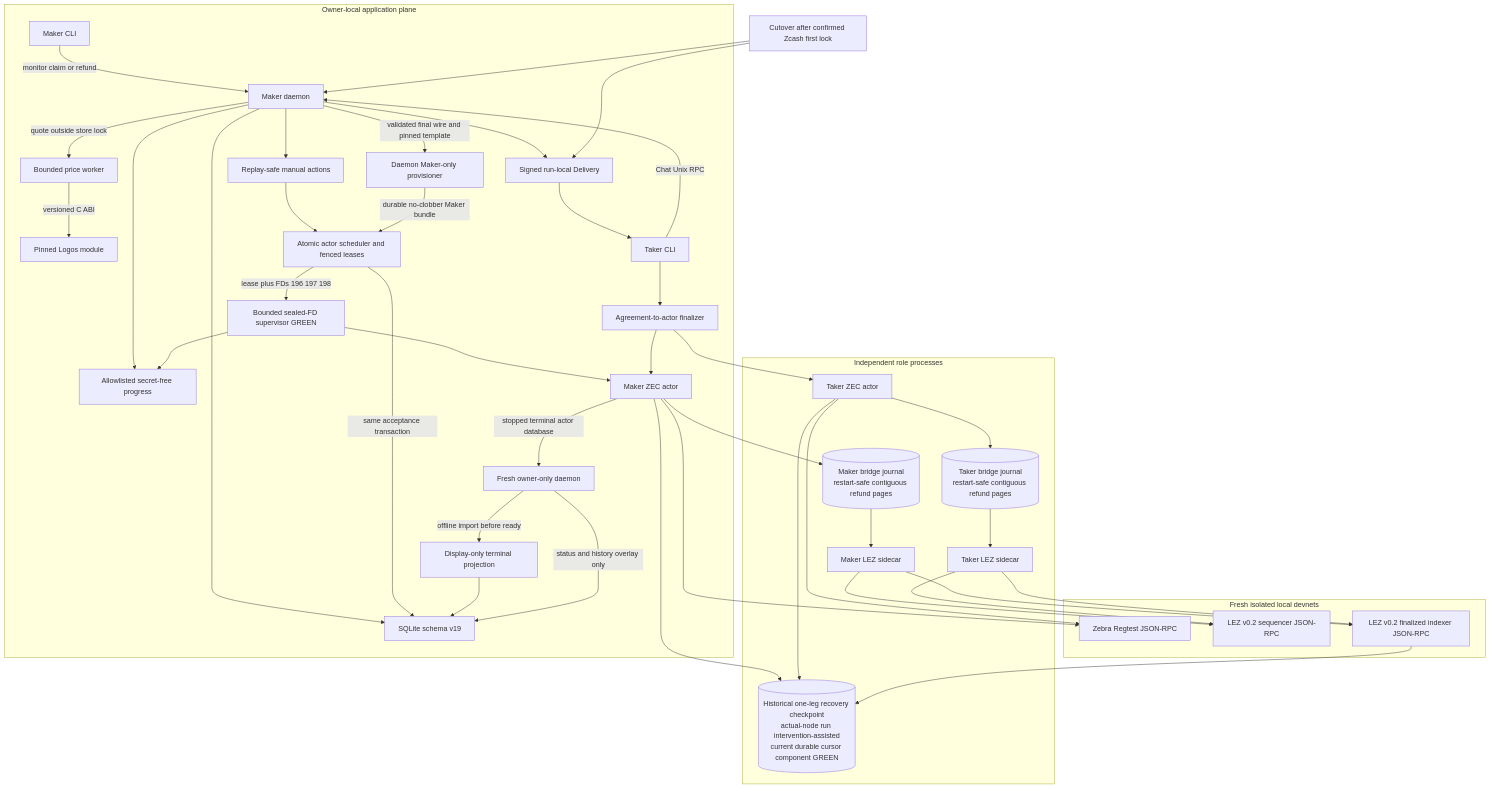
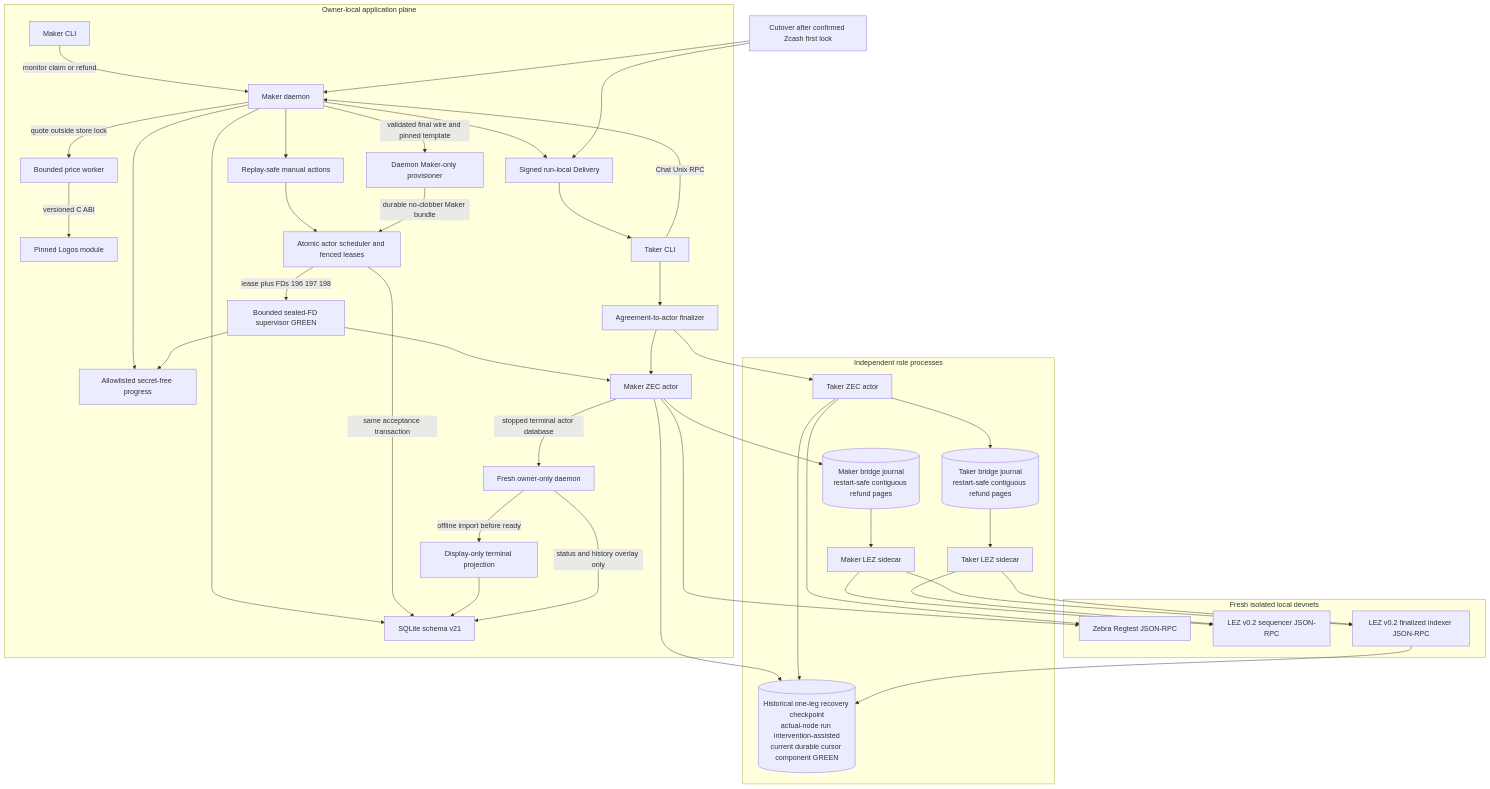
One commit to gateway-fm/lez-atomic-swaps changed diagram 11 of 20 in docs/architecture/deployment-components-and-rpcs.md. Above: the diagram before and after it, drawn with Mermaid. The commit also changed other lines of this file and 23 other files, not shown here.

````diff
--- a/docs/architecture/deployment-components-and-rpcs.md
+++ b/docs/architecture/deployment-components-and-rpcs.md
@@ -839,75 +935,75 @@
 ```mermaid
 flowchart TB
     subgraph App[Owner-local application plane]
         MakerCli[Maker CLI]
         Daemon[Maker daemon]
-        Store[SQLite schema v19]
+        Store[SQLite schema v21]
         TerminalView[Display-only terminal projection]
         TerminalDaemon[Fresh owner-only daemon]
         PriceWorker[Bounded price worker]
         PriceModule[Pinned Logos module]
         Delivery[Signed run-local Delivery]
         TakerCli[Taker CLI]
         Finalizer[Agreement-to-actor finalizer]
         Provisioner[Daemon Maker-only provisioner]
         Scheduler[Atomic actor scheduler and fenced leases]
         Actions[Replay-safe manual actions]
         Progress[Allowlisted secret-free progress]
         Supervisor[Bounded sealed-FD supervisor GREEN]
         MakerCli -->|monitor claim or refund| Daemon
         Daemon --> Store
         Daemon --> Actions
         Daemon --> Progress
         Actions --> Scheduler
         Supervisor --> Progress
         Daemon --> Delivery
         Delivery --> TakerCli
         TakerCli -->|Chat Unix RPC| Daemon
         Daemon -->|quote outside store lock| PriceWorker
         PriceWorker -->|versioned C ABI| PriceModule
         Daemon -->|validated final wire and pinned template| Provisioner
         Provisioner -->|durable no-clobber Maker bundle| Scheduler
         Scheduler -->|same acceptance transaction| Store
         Scheduler -->|lease plus FDs 196 197 198| Supervisor
         Supervisor --> MakerActor
         TakerCli --> Finalizer
         TerminalDaemon -->|offline import before ready| TerminalView
         TerminalView --> Store
         TerminalDaemon -->|status and history overlay only| Store
     end
 
     subgraph Roles[Independent role processes]
         MakerActor[Maker ZEC actor]
         TakerActor[Taker ZEC actor]
         MakerSidecar[Maker LEZ sidecar]
         TakerSidecar[Taker LEZ sidecar]
         MakerCursor[("Maker bridge journal<br/>restart-safe contiguous refund pages")]
         TakerCursor[("Taker bridge journal<br/>restart-safe contiguous refund pages")]
         RecoveryProof[("Historical one-leg recovery checkpoint<br/>actual-node run intervention-assisted<br/>current durable cursor component GREEN")]
         Finalizer --> MakerActor
         Finalizer --> TakerActor
         MakerActor --> MakerCursor
         MakerCursor --> MakerSidecar
         TakerActor --> TakerCursor
         TakerCursor --> TakerSidecar
         MakerActor -->|stopped terminal actor database| TerminalDaemon
     end
 
     subgraph Nodes[Fresh isolated local devnets]
         Zebra[Zebra Regtest JSON-RPC]
         Sequencer[LEZ v0.2 sequencer JSON-RPC]
         Indexer[LEZ v0.2 finalized indexer JSON-RPC]
     end
 
     MakerActor --> Zebra
     TakerActor --> Zebra
     MakerSidecar --> Sequencer
     MakerSidecar --> Indexer
     TakerSidecar --> Sequencer
     TakerSidecar --> Indexer
     MakerActor --> RecoveryProof
     TakerActor --> RecoveryProof
     Indexer --> RecoveryProof
     Cutover[Cutover after confirmed Zcash first lock] --> Daemon
     Cutover --> Delivery
 ```
````
